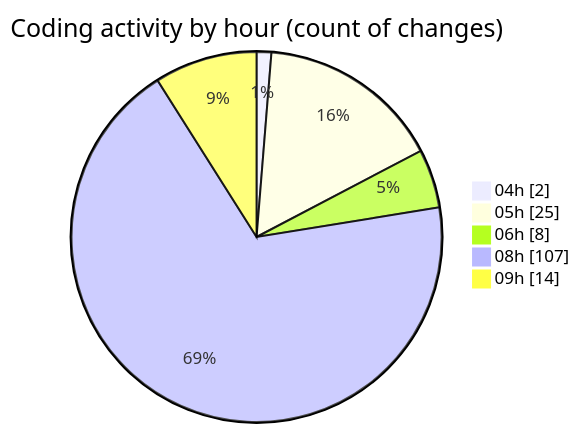
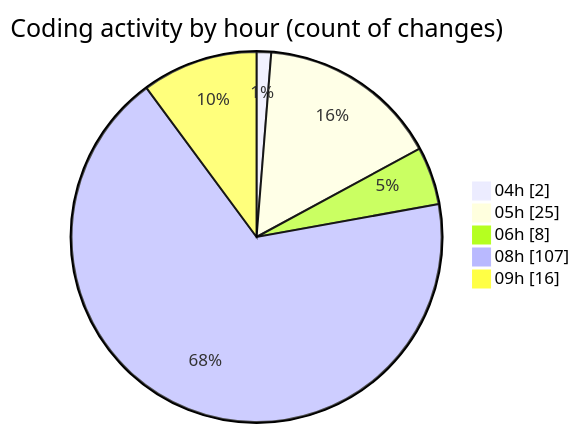
Before and after one commit to 3Nya3/code-tracking: the second of 2 diagrams in 2024-12-31/nyah/README.md, drawn with Mermaid. The commit also changed other lines of this file and 1 other file, not shown here.

````diff
--- a/2024-12-31/nyah/README.md
+++ b/2024-12-31/nyah/README.md
@@ -33,9 +33,9 @@
 ```mermaid
 pie showData
 title Coding activity by hour (count of changes)
 "04h" : 2
 "05h" : 25
 "06h" : 8
 "08h" : 107
-"09h" : 14
+"09h" : 16
 ```
````
